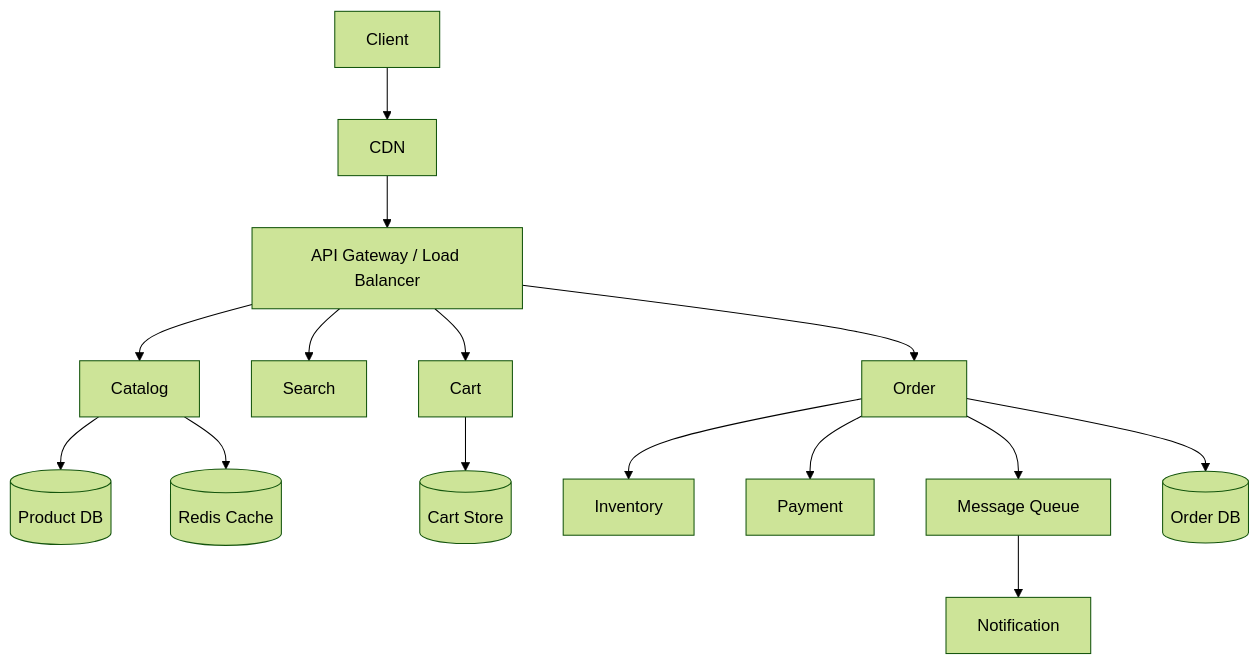
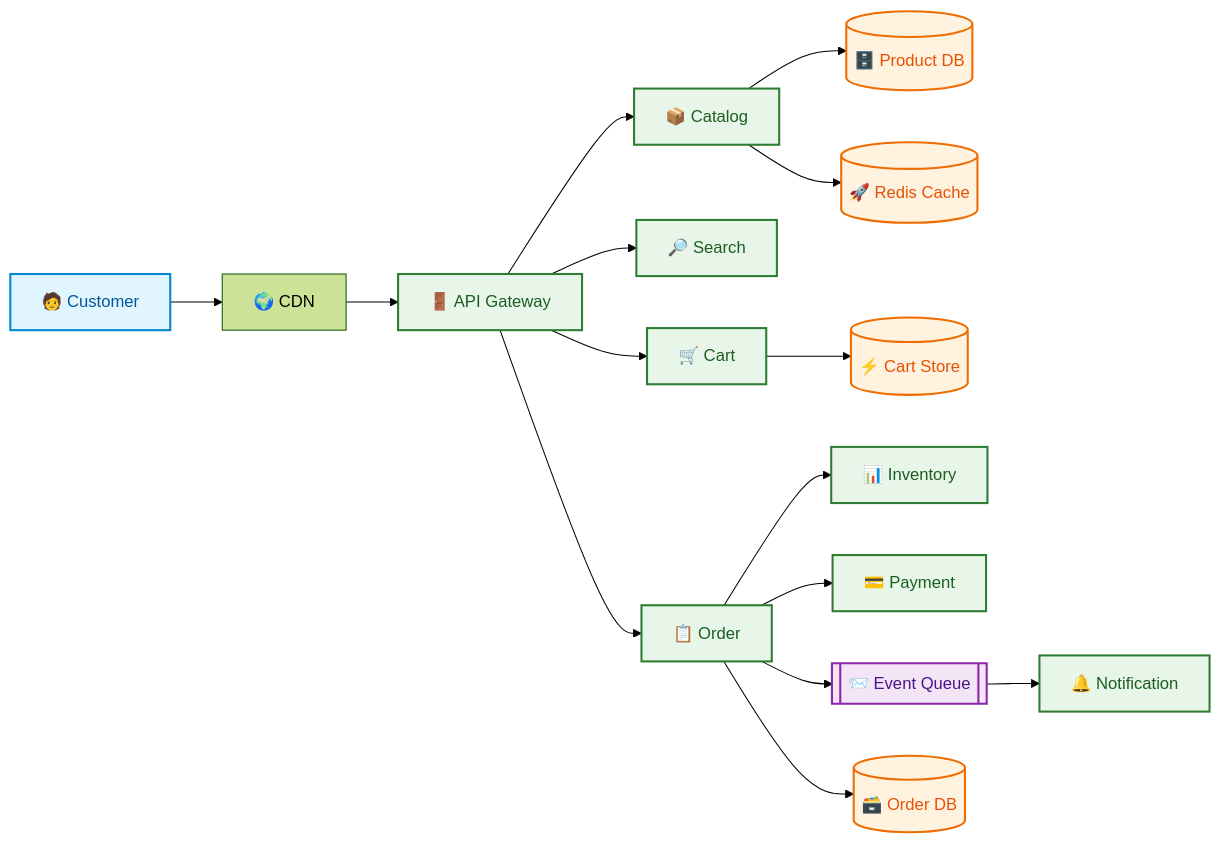
One commit to azam123/Engineering-Interview-Prep changed the diagram in System-Design/01-E-Commerce-Amazon/solution.md. Above: the diagram before and after it, drawn with Mermaid (forest theme). The commit also changed other lines of this file, not shown here.

Commit message:
Enhance e-commerce system design with colorful sections and visual architecture

````diff
--- a/System-Design/01-E-Commerce-Amazon/solution.md
+++ b/System-Design/01-E-Commerce-Amazon/solution.md
@@ -34,17 +48,26 @@
 ```mermaid
-flowchart TD
- Client --> CDN
- CDN --> Gateway[API Gateway / Load Balancer]
- Gateway --> Catalog
- Gateway --> Search
- Gateway --> Cart
- Gateway --> Order
- Order --> Inventory
- Order --> Payment
- Order --> Queue[Message Queue]
- Queue --> Notification
- Catalog --> ProductDB[(Product DB)]
- Cart --> CartDB[(Cart Store)]
- Order --> OrderDB[(Order DB)]
- Catalog --> Cache[(Redis Cache)]
+flowchart LR
+    U[🧑 Customer] --> CDN[🌍 CDN]
+    CDN --> GW[🚪 API Gateway]
+    GW --> C[📦 Catalog]
+    GW --> S[🔎 Search]
+    GW --> Cart[🛒 Cart]
+    GW --> O[📋 Order]
+    O --> I[📊 Inventory]
+    O --> P[💳 Payment]
+    O --> Q[[📨 Event Queue]]
+    Q --> N[🔔 Notification]
+    C --> DB[(🗄️ Product DB)]
+    Cart --> R[(⚡ Cart Store)]
+    O --> OD[(🗃️ Order DB)]
+    C --> Cache[(🚀 Redis Cache)]
+
+    classDef client fill:#E1F5FE,stroke:#0288D1,color:#01579B,stroke-width:2px;
+    classDef service fill:#E8F5E9,stroke:#2E7D32,color:#1B5E20,stroke-width:2px;
+    classDef data fill:#FFF3E0,stroke:#EF6C00,color:#E65100,stroke-width:2px;
+    classDef async fill:#F3E5F5,stroke:#8E24AA,color:#4A148C,stroke-width:2px;
+    class U client;
+    class GW,C,S,Cart,O,I,P,N service;
+    class DB,R,OD,Cache data;
+    class Q async;
 ```
````
